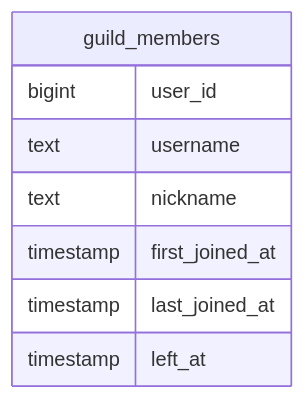
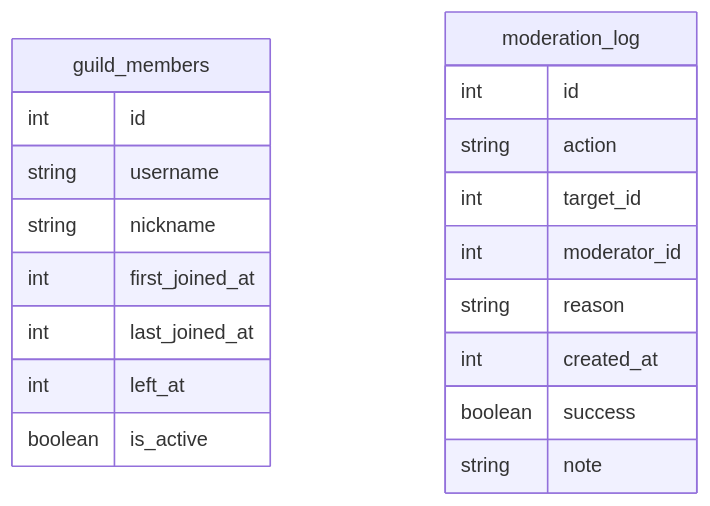
The diagram in README.md (shuvoairan/kyro), drawn with Mermaid before and after one commit.

Commit message:
feat(db): add guild_members table

````diff
--- a/README.md
+++ b/README.md
@@ -1,11 +1,23 @@
 ```mermaid
 erDiagram
     guild_members {
-        bigint user_id
-        text username
-        text nickname
-        timestamp first_joined_at
-        timestamp last_joined_at
-        timestamp left_at
+        int id
+        string username
+        string nickname
+        int first_joined_at
+        int last_joined_at
+        int left_at
+        boolean is_active
+    }
+
+    moderation_log {
+        int id
+        string action
+        int target_id
+        int moderator_id
+        string reason
+        int created_at
+        boolean success
+        string note
     }
 ```
````
